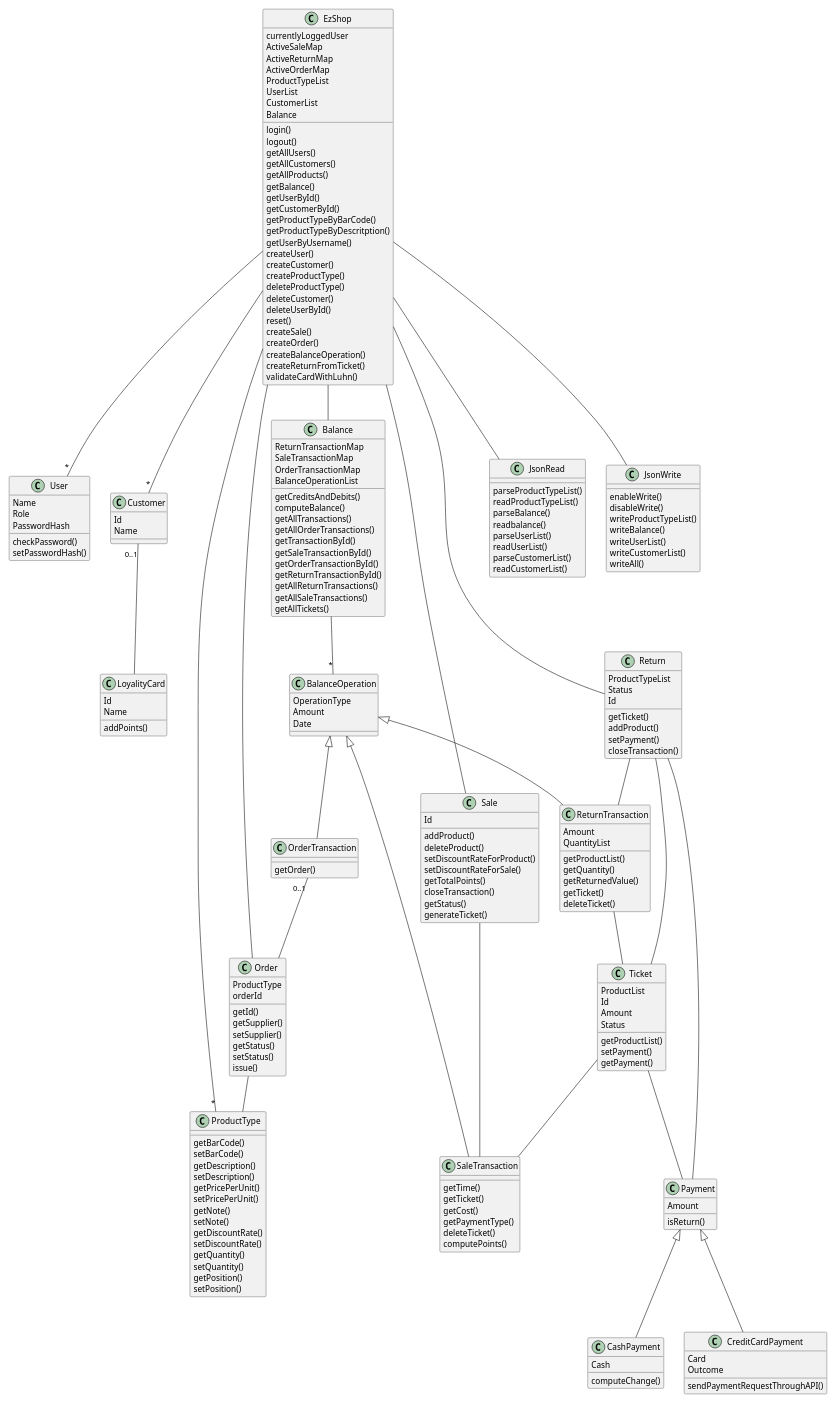
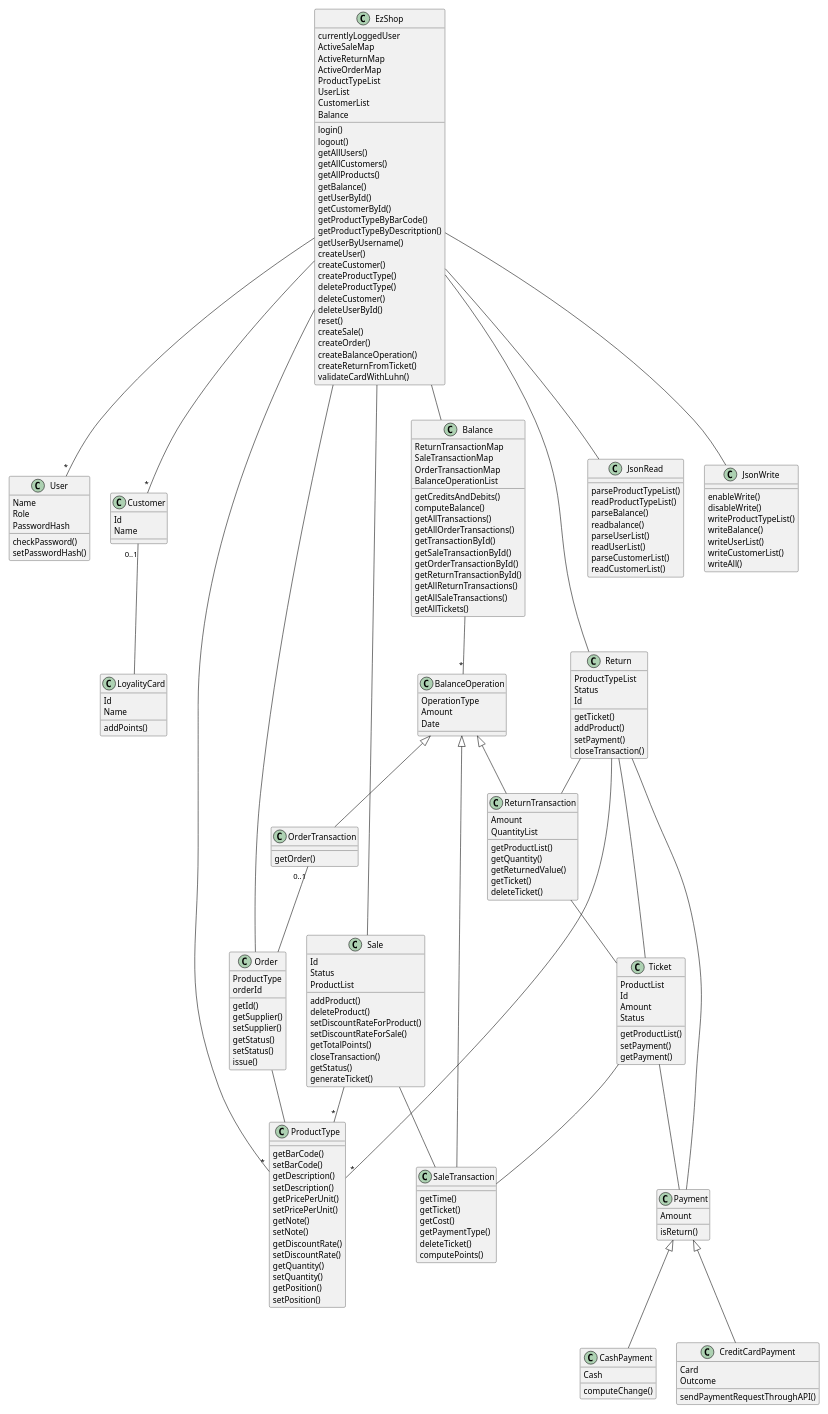
Before and after one commit to paolotron/EzshoProject31: the second of 15 diagrams in Deliverables/DesignDocument.md, drawn with PlantUML.

```diff
--- a/Deliverables/DesignDocument.md
+++ b/Deliverables/DesignDocument.md
@@ -134,6 +134,8 @@
 }
 class Sale{
     Id
+    Status
+    ProductList
     addProduct()
     deleteProduct()
     setDiscountRateForProduct()
@@ -253,7 +255,8 @@
 Return -- Ticket
 Return -- Payment
 Order -- ProductType
-
+Sale -- "*" ProductType
+Return -- "*" ProductType
 
 @enduml
 
```
